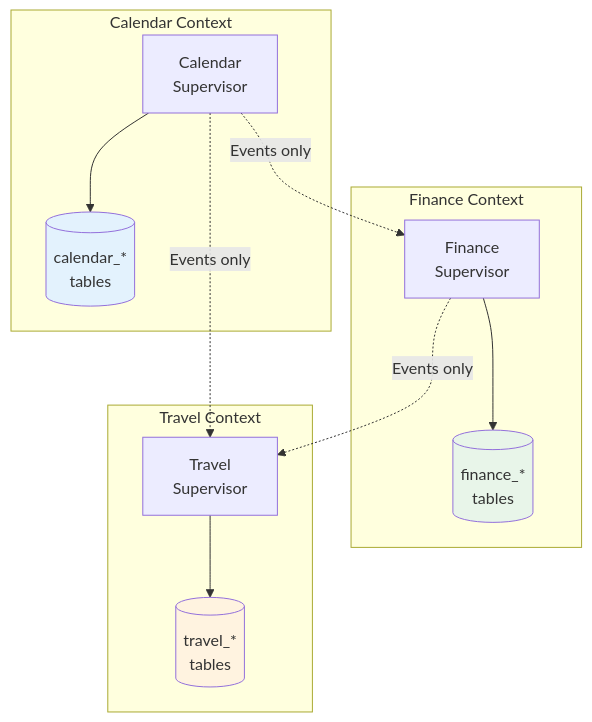
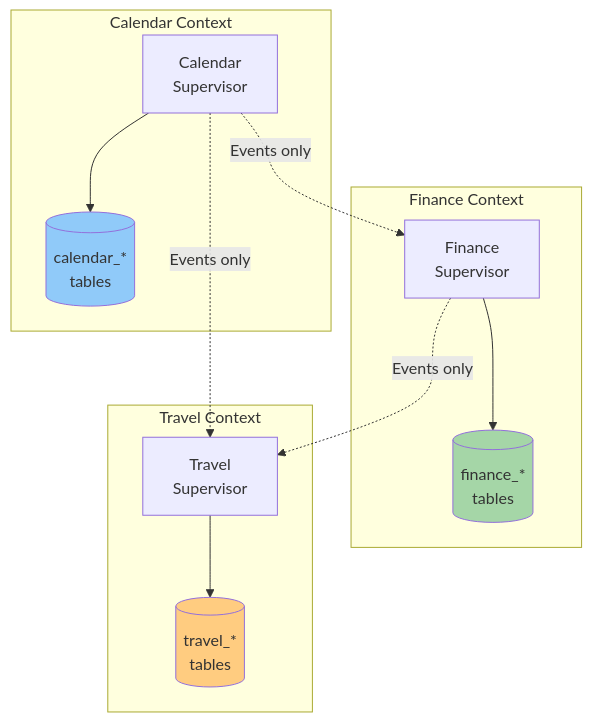
The seventh of 8 diagrams in docs/solution-architecture/02-architecture-principles.md (y-core-engineering/fidus), drawn with Mermaid before and after one commit. The commit also changed other lines of this file and 26 other files, not shown here.

First line of the commit message:
feat: add comprehensive UX/UI design docs and Mermaid validation (#6)

````diff
--- a/docs/solution-architecture/02-architecture-principles.md
+++ b/docs/solution-architecture/02-architecture-principles.md
@@ -1014,28 +1014,28 @@
 ```mermaid
 graph TB
     subgraph Calendar["Calendar Context"]
         CalSup[Calendar<br/>Supervisor]
         CalDB[(calendar_*<br/>tables)]
         CalSup --> CalDB
     end
 
     subgraph Finance["Finance Context"]
         FinSup[Finance<br/>Supervisor]
         FinDB[(finance_*<br/>tables)]
         FinSup --> FinDB
     end
 
     subgraph Travel["Travel Context"]
         TravelSup[Travel<br/>Supervisor]
         TravelDB[(travel_*<br/>tables)]
         TravelSup --> TravelDB
     end
 
     CalSup -.->|Events only| FinSup
     CalSup -.->|Events only| TravelSup
     FinSup -.->|Events only| TravelSup
 
-    style CalDB fill:#e3f2fd
-    style FinDB fill:#e8f5e9
-    style TravelDB fill:#fff3e0
+    style CalDB fill:#90caf9
+    style FinDB fill:#a5d6a7
+    style TravelDB fill:#ffcc80
 ```
````
